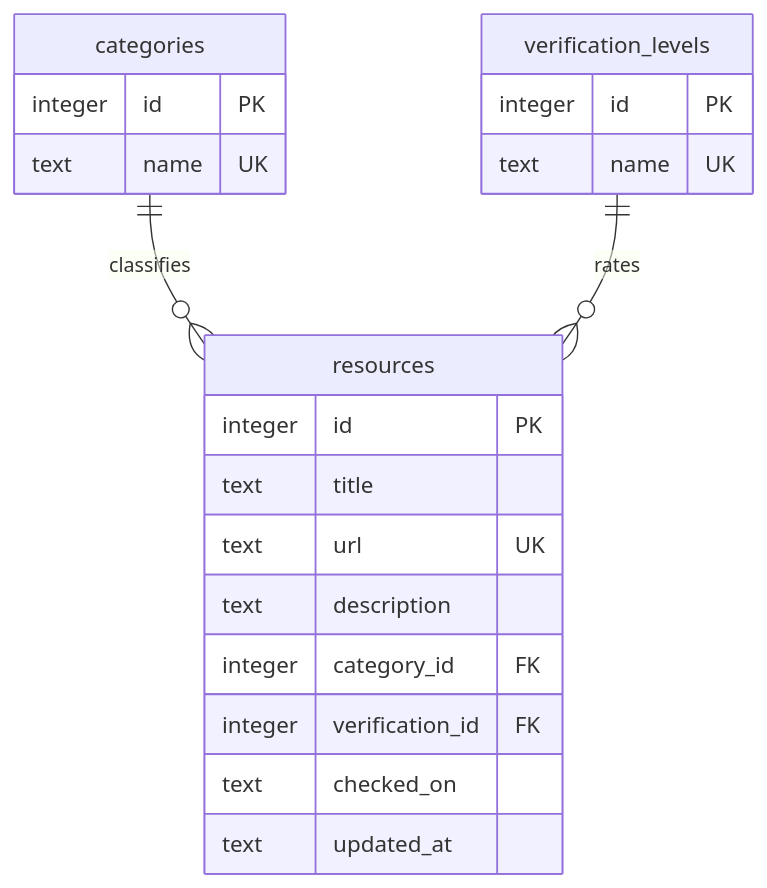
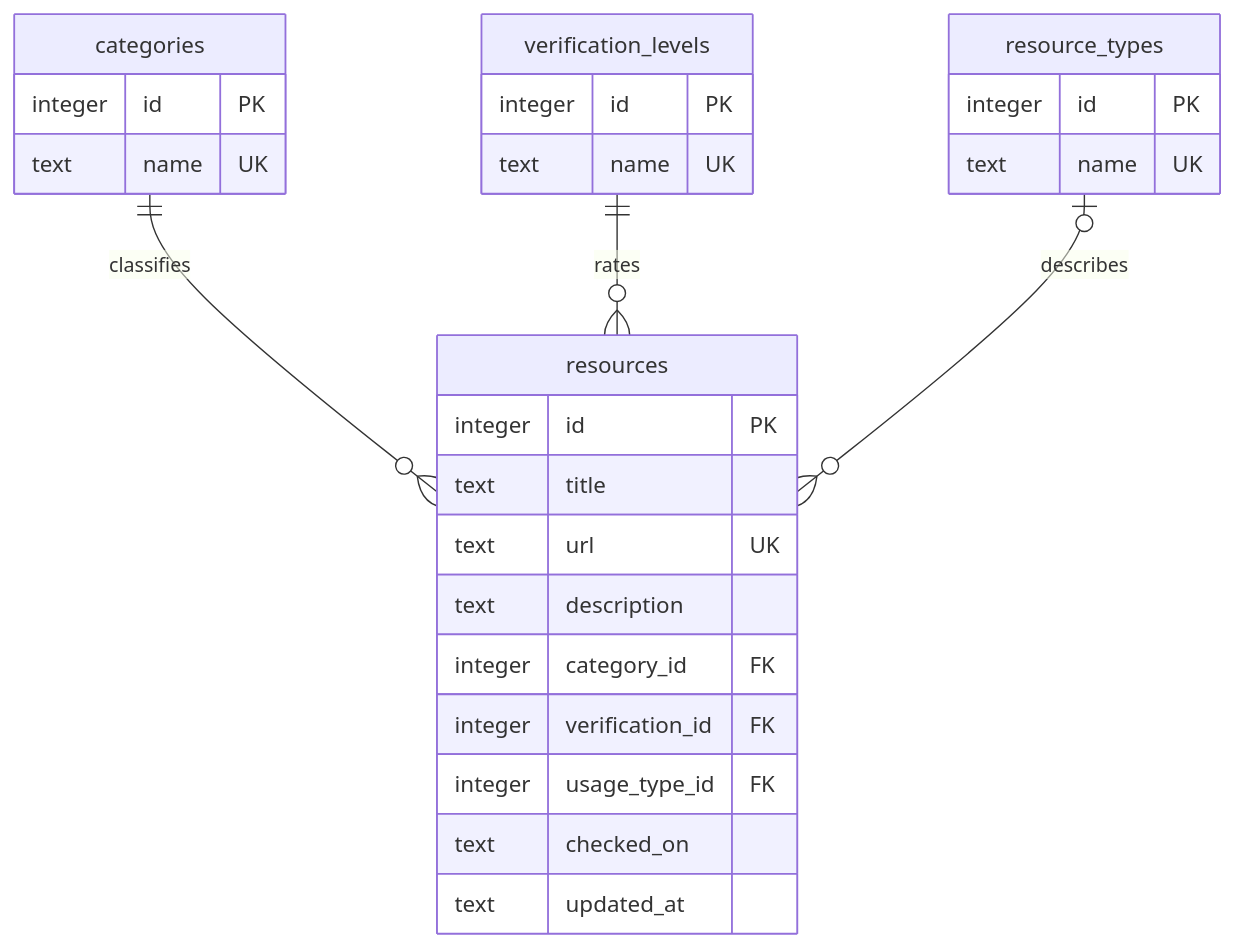
The diagram in README.md (tlsee0813-cmd/opendb), drawn with Mermaid before and after one commit. The commit also changed other lines of this file and 8 other files, not shown here.

Commit message:
Add resource usage types, catalog sorting, and CSV export

````diff
--- a/README.md
+++ b/README.md
@@ -45,23 +46,29 @@
 ```mermaid
 erDiagram
     categories ||--o{ resources : classifies
     verification_levels ||--o{ resources : rates
+    resource_types o|--o{ resources : describes
     categories {
       integer id PK
       text name UK
     }
     verification_levels {
+      integer id PK
+      text name UK
+    }
+    resource_types {
       integer id PK
       text name UK
     }
     resources {
       integer id PK
       text title
       text url UK
       text description
       integer category_id FK
       integer verification_id FK
+      integer usage_type_id FK
       text checked_on
       text updated_at
     }
 ```
````
